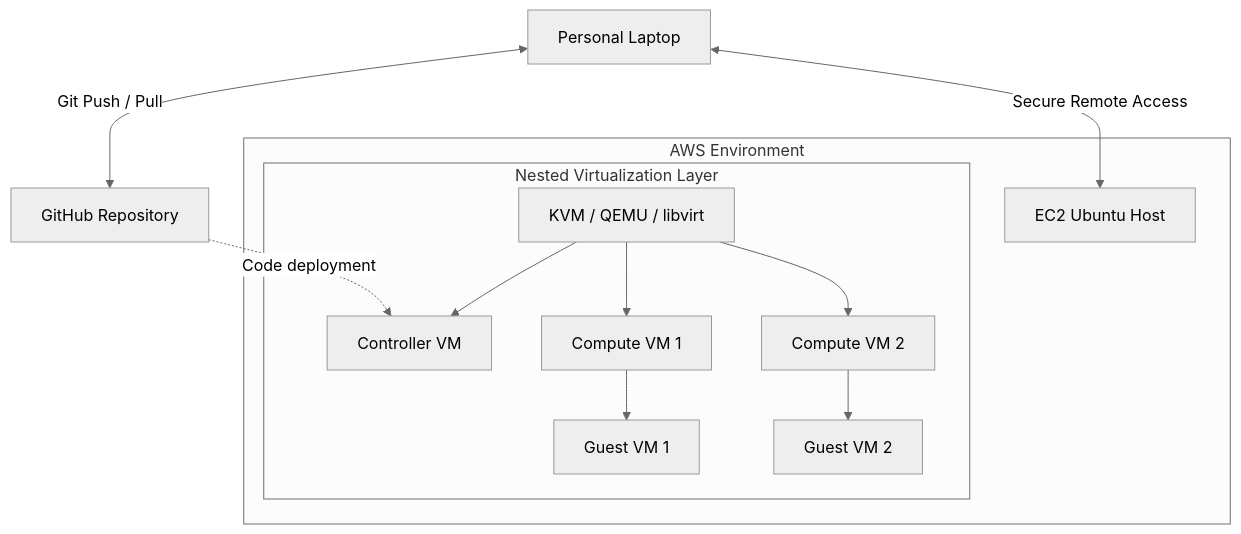
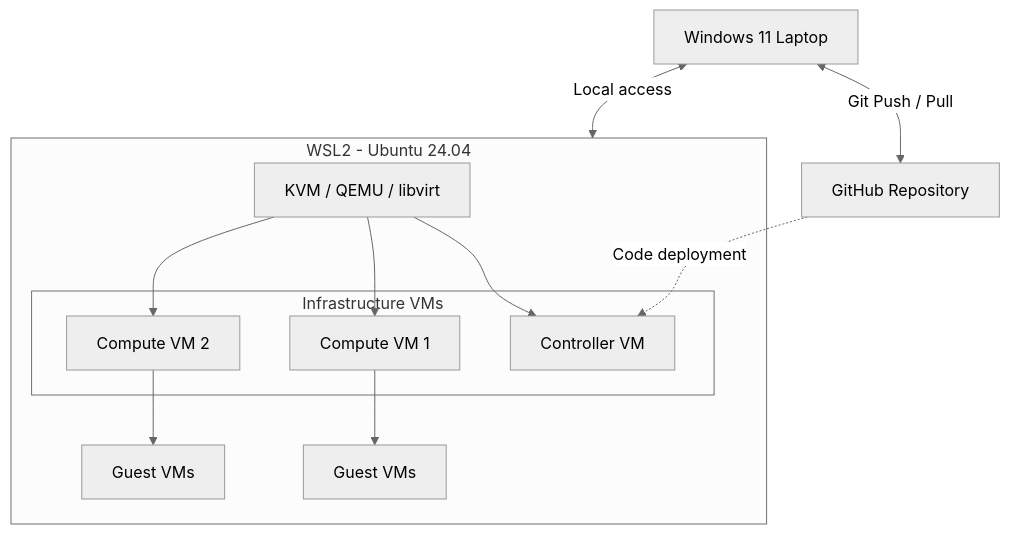
Before and after one commit to Unwritten-one/mini-cloud-infrastructure: the diagram in architecture/deployment_architecture.md, drawn with Mermaid (neutral theme). The commit also changed other lines of this file and 53 other files, not shown here.

````diff
--- a/architecture/deployment_architecture.md
+++ b/architecture/deployment_architecture.md
@@ -3,21 +3,25 @@
 ```mermaid
 flowchart TB
-    LAP["Personal Laptop"] <-->|"Secure Remote Access"| EC2
+    LAP["Windows 11 Laptop"]
 
-    subgraph AWS["AWS Environment"]
-        EC2["EC2 Ubuntu Host"]
+    subgraph WSL["WSL2 - Ubuntu 24.04"]
+        HV["KVM / QEMU / libvirt"]
 
-        subgraph NESTED["Nested Virtualization Layer"]
-            HV["KVM / QEMU / libvirt"]
-            HV --> C["Controller VM"]
-            HV --> N1["Compute VM 1"]
-            HV --> N2["Compute VM 2"]
+        subgraph INFRA["Infrastructure VMs"]
+            C["Controller VM"]
+            N1["Compute VM 1"]
+            N2["Compute VM 2"]
+        end
 
-            N1 --> VM1["Guest VM 1"]
-            N2 --> VM2["Guest VM 2"]
-        end
+        HV --> C
+        HV --> N1
+        HV --> N2
+
+        N1 --> VM1["Guest VMs"]
+        N2 --> VM2["Guest VMs"]
     end
 
+    LAP <-->|"Local access"| WSL
     LAP <-->|"Git Push / Pull"| GH["GitHub Repository"]
     GH -.->|"Code deployment"| C
 ```
````
